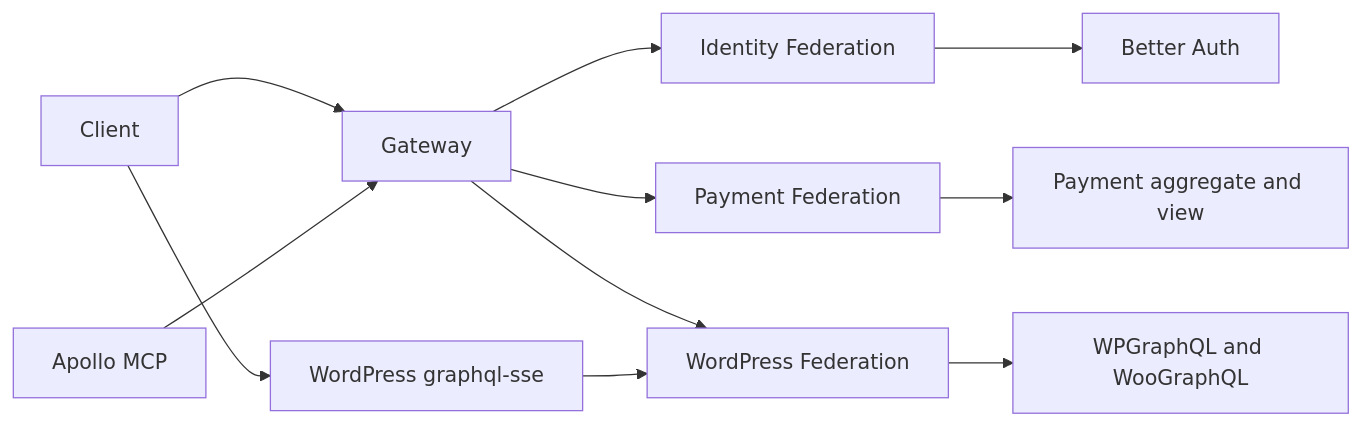
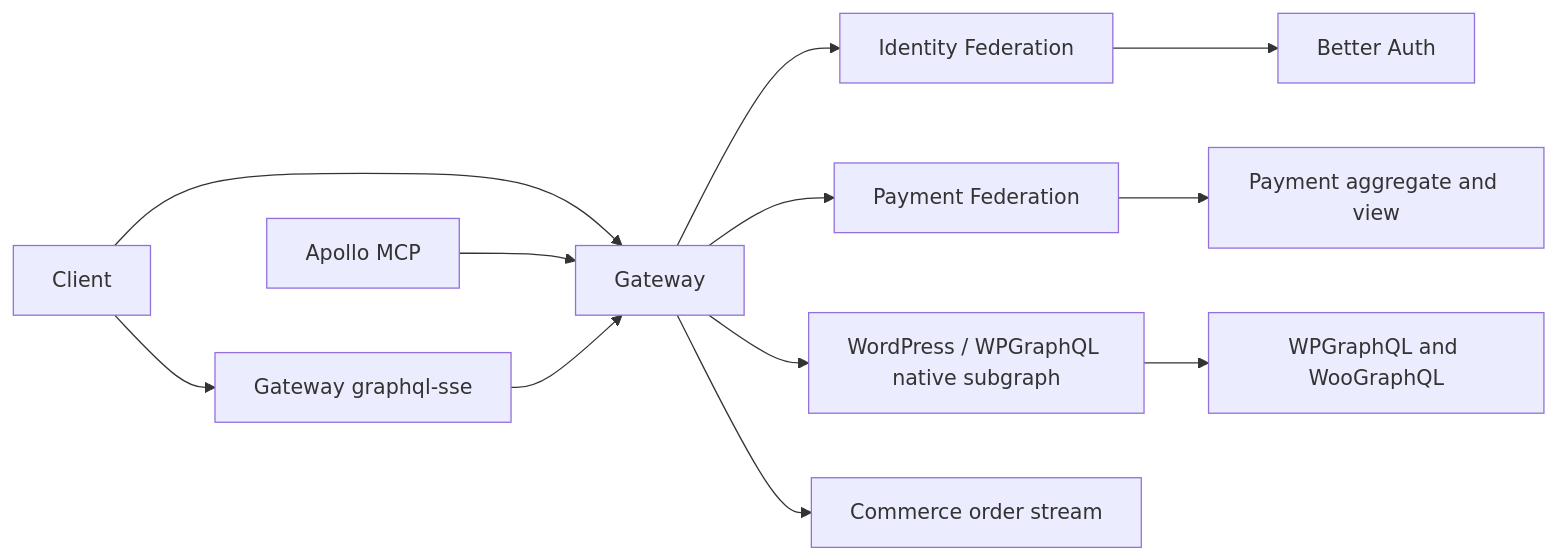
One commit to kaio-fabiano/desafio-dev-backend-senior changed the diagram in docs/knowledge/Mapa do Projeto.md. Above: the diagram before and after it, drawn with Mermaid. The commit also changed other lines of this file and 8 other files, not shown here.

First line of the commit message:
docs(architecture): document the native WordPress subgraph

````diff
--- a/docs/knowledge/Mapa do Projeto.md
+++ b/docs/knowledge/Mapa do Projeto.md
@@ -40,13 +41,14 @@
 ```mermaid
 flowchart LR
   Client --> Gateway
   MCP[Apollo MCP] --> Gateway
   Gateway --> Identity[Identity Federation]
   Gateway --> Payment[Payment Federation]
-  Gateway --> WordPress[WordPress Federation]
+  Gateway --> WordPress[WordPress / WPGraphQL native subgraph]
   Identity --> BetterAuth[Better Auth]
   Payment --> PaymentData[Payment aggregate and view]
   WordPress --> Woo[WPGraphQL and WooGraphQL]
-  Client --> SSE[WordPress graphql-sse]
-  SSE --> WordPress
+  Client --> SSE[Gateway graphql-sse]
+  SSE --> Gateway
+  Gateway --> Commerce[Commerce order stream]
 ```
````
